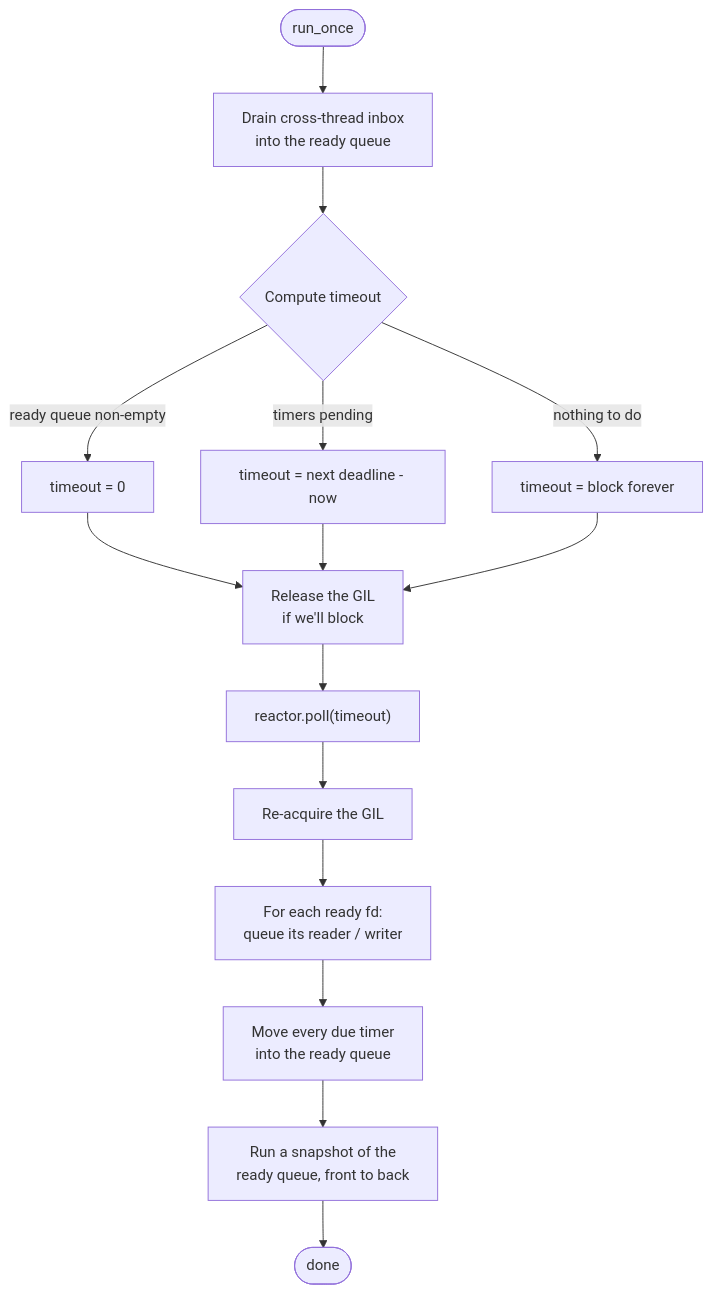
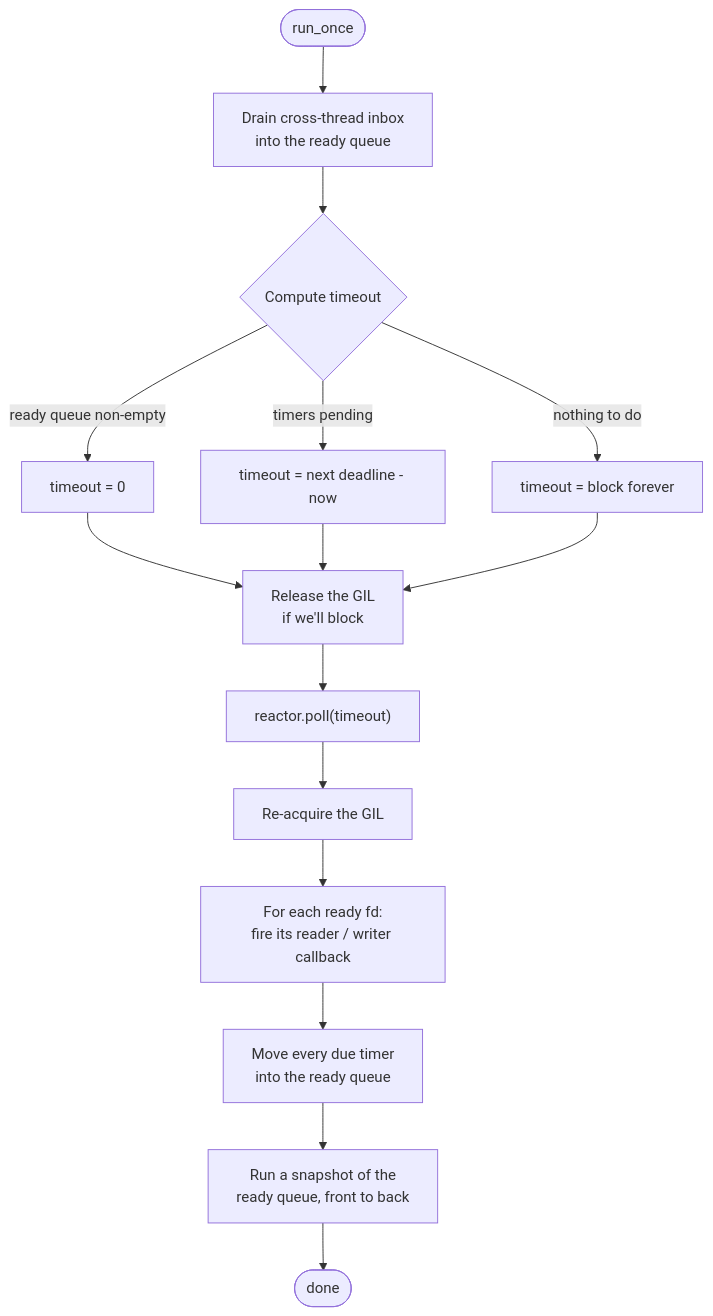
The second of 3 diagrams in docs/architecture/the-loop.md (Kludex/zloop), drawn with Mermaid before and after one commit. The commit also changed other lines of this file and 15 other files, not shown here.

````diff
--- a/docs/architecture/the-loop.md
+++ b/docs/architecture/the-loop.md
@@ -36,17 +41,17 @@
 ```mermaid
 flowchart TD
     A([run_once]) --> B["Drain cross-thread inbox<br/>into the ready queue"]
     B --> C{Compute timeout}
     C -->|ready queue non-empty| C0["timeout = 0"]
     C -->|timers pending| C1["timeout = next deadline - now"]
     C -->|nothing to do| C2["timeout = block forever"]
     C0 --> D
     C1 --> D
     C2 --> D["Release the GIL<br/>if we'll block"]
     D --> E["reactor.poll(timeout)"]
     E --> F["Re-acquire the GIL"]
-    F --> G["For each ready fd:<br/>queue its reader / writer"]
+    F --> G["For each ready fd:<br/>fire its reader / writer callback"]
     G --> H["Move every due timer<br/>into the ready queue"]
     H --> I["Run a snapshot of the<br/>ready queue, front to back"]
     I --> J([done])
 ```
````
